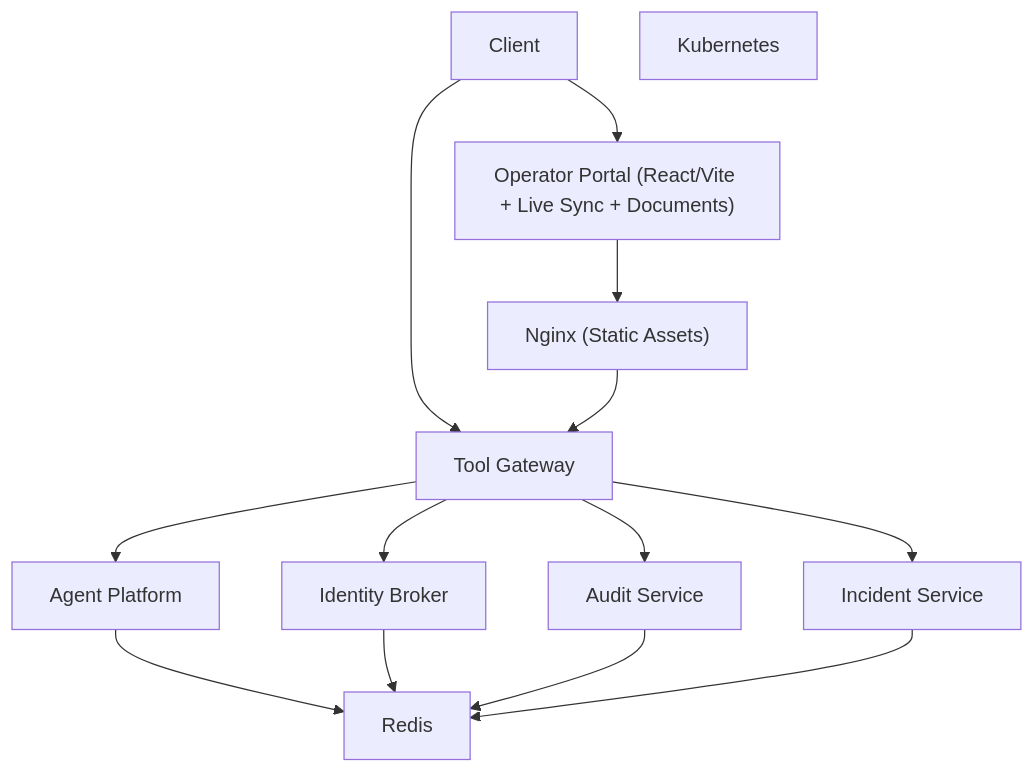
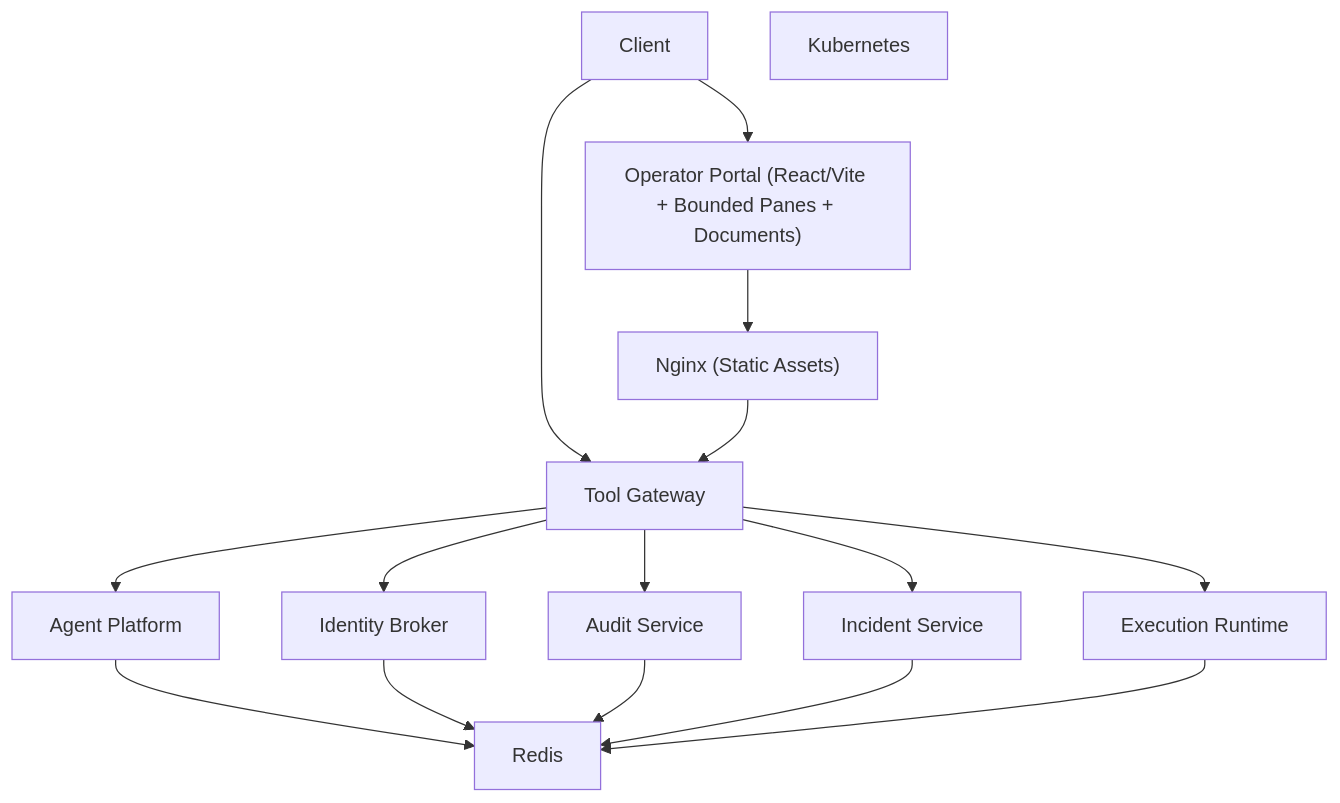
One commit to metasync/luban-aiops changed the second of 2 diagrams in .qoder/repowiki/en/content/Getting Started.md. Above: the diagram before and after it, drawn with Mermaid. The commit also changed other lines of this file and 11 other files, not shown here.

````diff
--- a/.qoder/repowiki/en/content/Getting Started.md
+++ b/.qoder/repowiki/en/content/Getting Started.md
@@ -584,25 +612,28 @@
 ```mermaid
 graph TB
 Client["Client"]
 GW["Tool Gateway"]
 IDB["Identity Broker"]
 AP["Agent Platform"]
-OP["Operator Portal (React/Vite + Live Sync + Documents)"]
+OP["Operator Portal (React/Vite + Bounded Panes + Documents)"]
 AS["Audit Service"]
 IS["Incident Service"]
+ER["Execution Runtime"]
 RDS["Redis"]
 K8S["Kubernetes"]
 NGINX["Nginx (Static Assets)"]
 Client --> GW
 Client --> OP
 GW --> IDB
 GW --> AP
 GW --> AS
 GW --> IS
+GW --> ER
 OP --> NGINX
 NGINX --> GW
 AP --> RDS
 IDB --> RDS
 AS --> RDS
 IS --> RDS
+ER --> RDS
 ```
````
